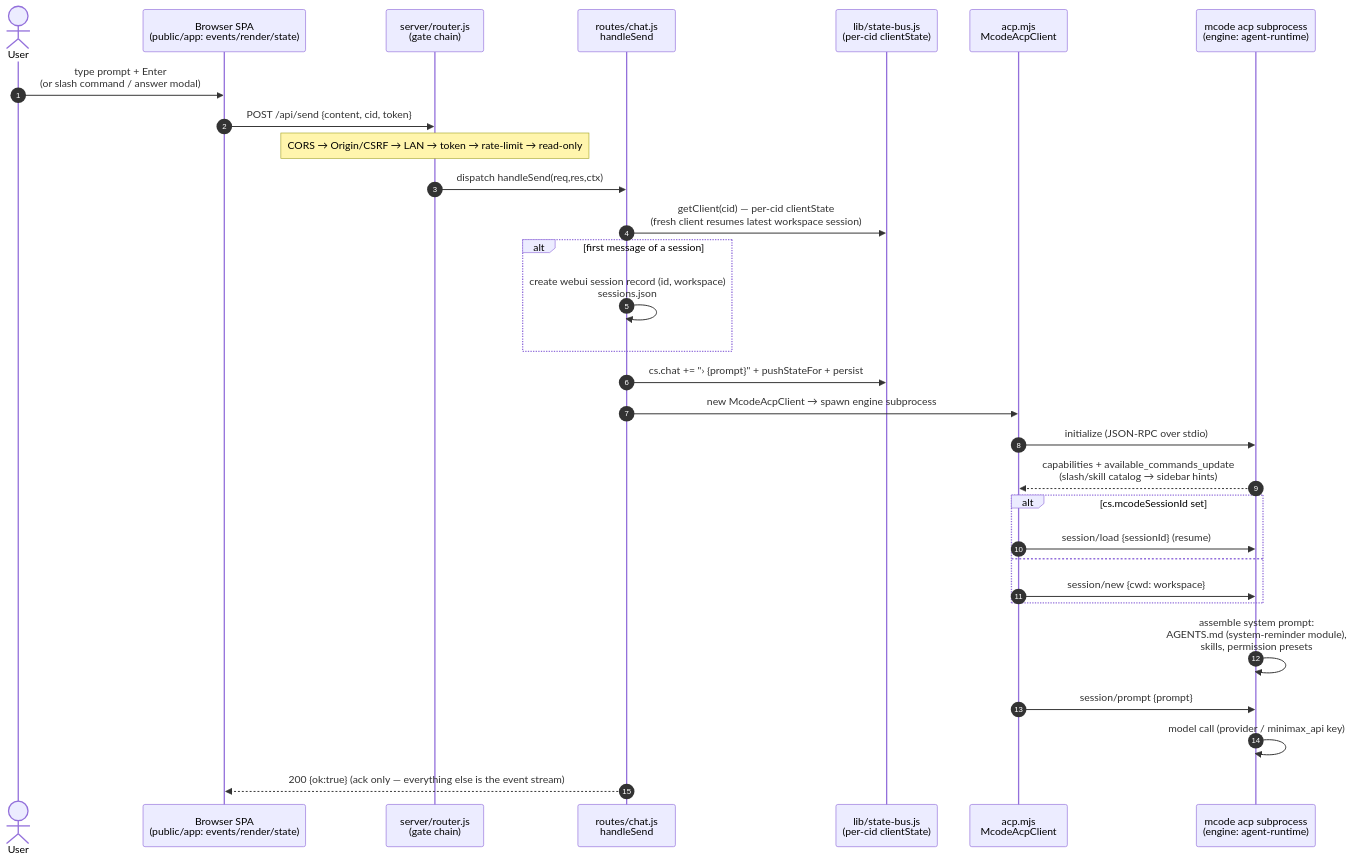
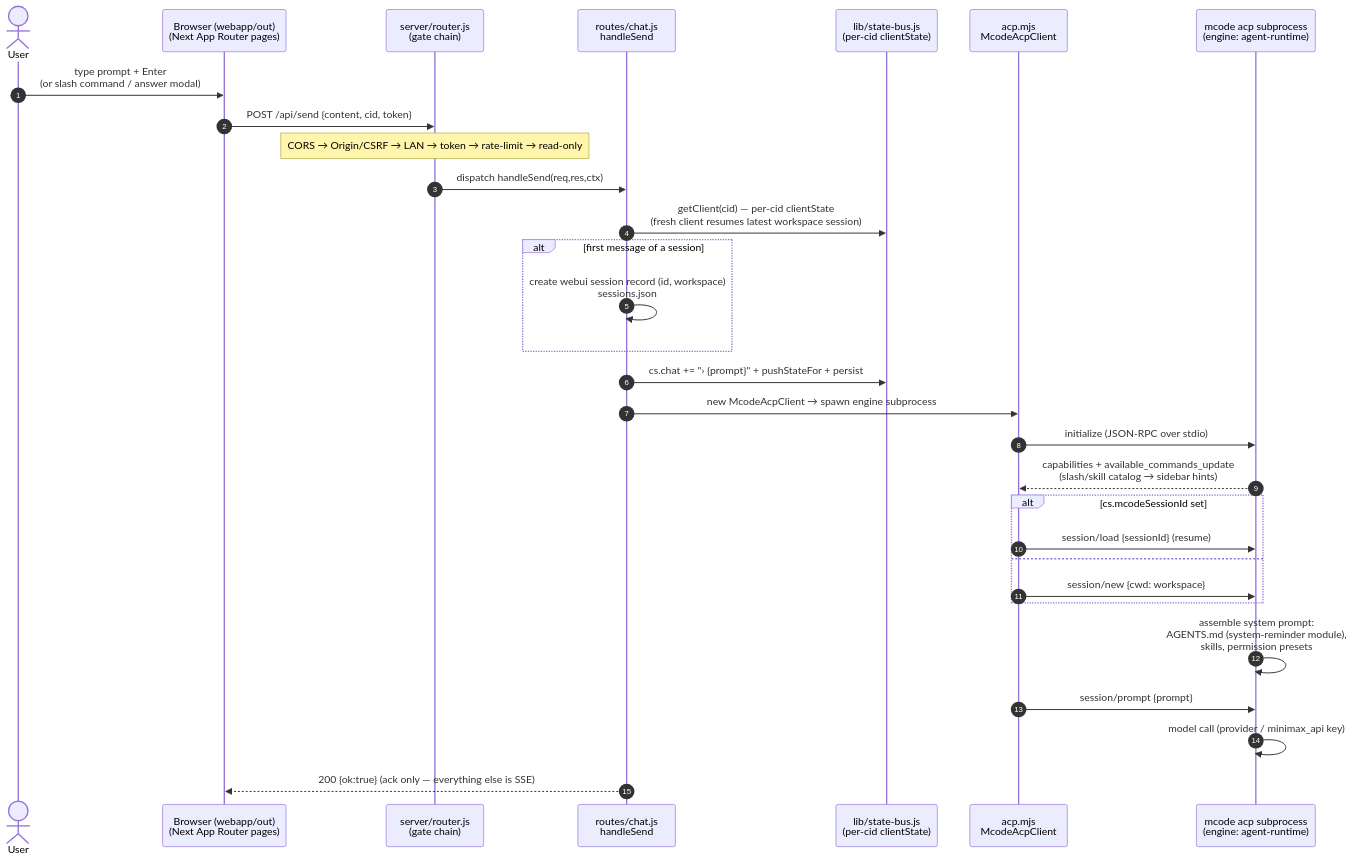
One commit to mcode-webui/minimax-code-web changed the first of 4 diagrams in packages/webui/docs/ARCHITECTURE.md. Above: the diagram before and after it, drawn with Mermaid. The commit also changed other lines of this file and 352 other files, not shown here.

````diff
--- a/packages/webui/docs/ARCHITECTURE.md
+++ b/packages/webui/docs/ARCHITECTURE.md
@@ -134,33 +138,33 @@
 ```mermaid
 sequenceDiagram
     autonumber
     actor U as User
-    participant B as Browser SPA<br/>(public/app: events/render/state)
+    participant B as Browser (webapp/out)<br/>(Next App Router pages)
     participant R as server/router.js<br/>(gate chain)
     participant C as routes/chat.js<br/>handleSend
     participant S as lib/state-bus.js<br/>(per-cid clientState)
     participant A as acp.mjs<br/>McodeAcpClient
     participant E as mcode acp subprocess<br/>(engine: agent-runtime)
 
     U->>B: type prompt + Enter<br/>(or slash command / answer modal)
     B->>R: POST /api/send {content, cid, token}
     Note over R: CORS → Origin/CSRF → LAN → token → rate-limit → read-only
     R->>C: dispatch handleSend(req,res,ctx)
     C->>S: getClient(cid) — per-cid clientState<br/>(fresh client resumes latest workspace session)
     alt first message of a session
         C->>C: create webui session record (id, workspace)<br/>sessions.json
     end
     C->>S: cs.chat += "› {prompt}" + pushStateFor + persist
     C->>A: new McodeAcpClient → spawn engine subprocess
     A->>E: initialize (JSON-RPC over stdio)
     E-->>A: capabilities + available_commands_update<br/>(slash/skill catalog → sidebar hints)
     alt cs.mcodeSessionId set
         A->>E: session/load {sessionId} (resume)
     else
         A->>E: session/new {cwd: workspace}
     end
     E->>E: assemble system prompt:<br/>AGENTS.md (system-reminder module),<br/>skills, permission presets
     A->>E: session/prompt {prompt}
     E->>E: model call (provider / minimax_api key)
-    C-->>B: 200 {ok:true}  (ack only — everything else is the event stream)
+    C-->>B: 200 {ok:true}  (ack only — everything else is SSE)
 ```
````
